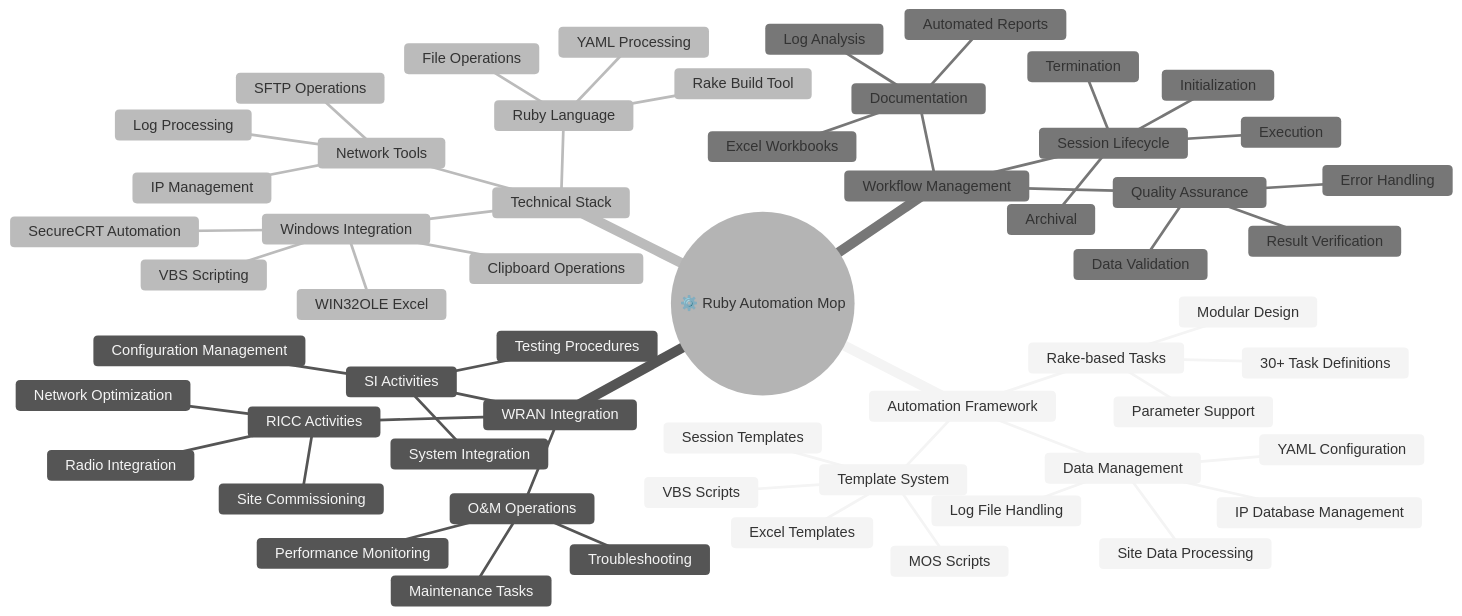
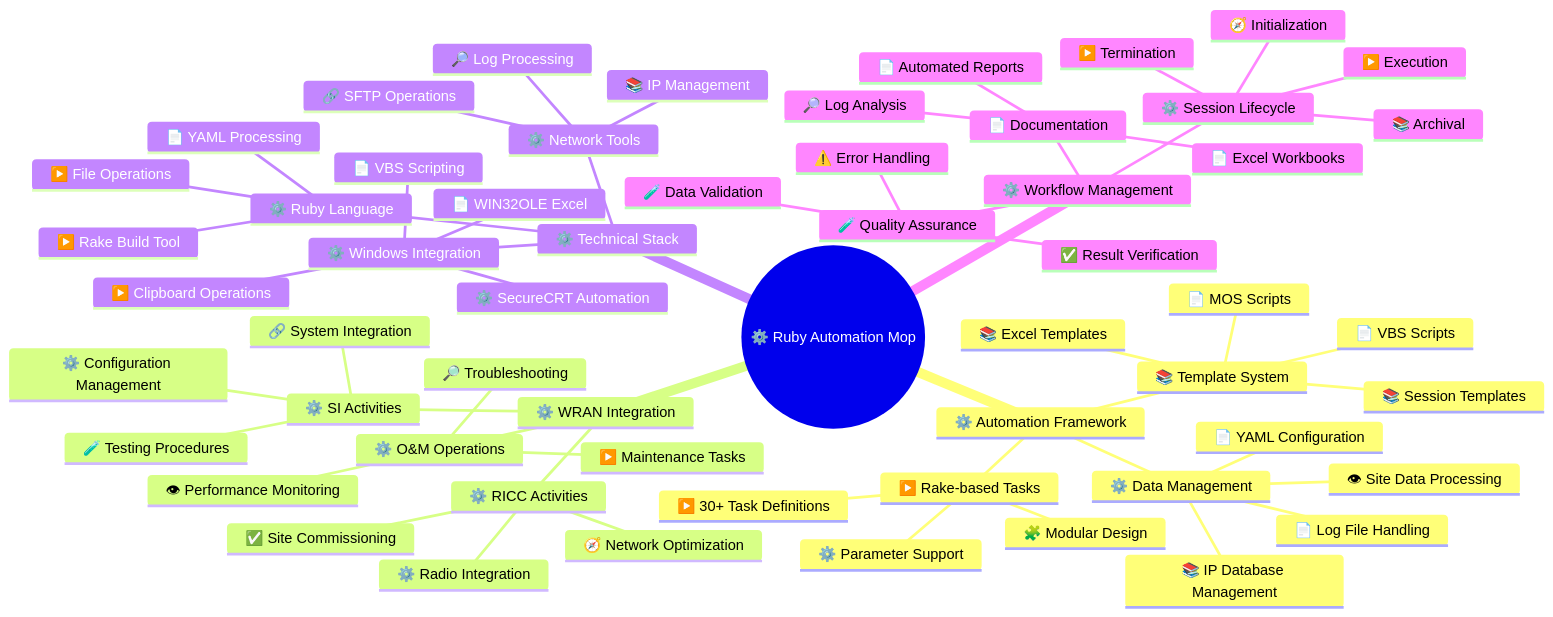
Before and after one commit to enogrob/project-automation-mop: the fourth of 4 diagrams in README.md, drawn with Mermaid. The commit also changed other lines of this file, not shown here.

Commit message:
update-readme

````diff
--- a/README.md
+++ b/README.md
@@ -233,64 +251,64 @@
 ```mermaid
-%%{init: {'theme': 'neutral', 'themeVariables': {'primaryColor': '#ECEBE8', 'primaryTextColor': '#3E342C', 'primaryBorderColor': '#9C9992', 'lineColor': '#9C9992', 'secondaryColor': '#ECEBE8', 'tertiaryColor': '#ECEBE8'}}}%%
 mindmap
     root((⚙️ Ruby Automation Mop))
-        Automation Framework
-            Rake-based Tasks
-                30+ Task Definitions
-                Modular Design
-                Parameter Support
-            Template System
-                Excel Templates
-                VBS Scripts
-                MOS Scripts
-                Session Templates
-            Data Management
-                YAML Configuration
-                Site Data Processing
-                Log File Handling
-                IP Database Management
+        ⚙️ Automation Framework
+            ▶️ Rake-based Tasks
+                ▶️ 30+ Task Definitions
+                🧩 Modular Design
+                ⚙️ Parameter Support
+            📚 Template System
+                📚 Excel Templates
+                📄 VBS Scripts
+                📄 MOS Scripts
+                📚 Session Templates
+            ⚙️ Data Management
+                📄 YAML Configuration
+                👁 Site Data Processing
+                📄 Log File Handling
+                📚 IP Database Management
         
-        WRAN Integration
-            RICC Activities
-                Radio Integration
-                Network Optimization
-                Site Commissioning
-            O&M Operations
-                Maintenance Tasks
-                Performance Monitoring
-                Troubleshooting
-            SI Activities
-                System Integration
-                Configuration Management
-                Testing Procedures
+        ⚙️ WRAN Integration
+            ⚙️ RICC Activities
+                ⚙️ Radio Integration
+                🧭 Network Optimization
+                ✅ Site Commissioning
+            ⚙️ O&M Operations
+                ▶️ Maintenance Tasks
+                👁 Performance Monitoring
+                🔎 Troubleshooting
+            ⚙️ SI Activities
+                🔗 System Integration
+                ⚙️ Configuration Management
+                🧪 Testing Procedures
         
-        Technical Stack
-            Ruby Language
-                Rake Build Tool
-                YAML Processing
-                File Operations
-            Windows Integration
-                WIN32OLE Excel
-                SecureCRT Automation
-                Clipboard Operations
-                VBS Scripting
-            Network Tools
-                SFTP Operations
-                Log Processing
-                IP Management
+        ⚙️ Technical Stack
+            ⚙️ Ruby Language
+                ▶️ Rake Build Tool
+                📄 YAML Processing
+                ▶️ File Operations
+            ⚙️ Windows Integration
+                📄 WIN32OLE Excel
+                ⚙️ SecureCRT Automation
+                ▶️ Clipboard Operations
+                📄 VBS Scripting
+            ⚙️ Network Tools
+                🔗 SFTP Operations
+                🔎 Log Processing
+                📚 IP Management
         
-        Workflow Management
-            Session Lifecycle
-                Initialization
-                Execution
-                Termination
-                Archival
-            Quality Assurance
-                Data Validation
-                Error Handling
-                Result Verification
-            Documentation
-                Automated Reports
-                Excel Workbooks
-                Log Analysis
+        ⚙️ Workflow Management
+            ⚙️ Session Lifecycle
+                🧭 Initialization
+                ▶️ Execution
+                ▶️ Termination
+                📚 Archival
+            🧪 Quality Assurance
+                🧪 Data Validation
+                ⚠️ Error Handling
+                ✅ Result Verification
+            📄 Documentation
+                📄 Automated Reports
+                📄 Excel Workbooks
+                🔎 Log Analysis
+
 ```
````
